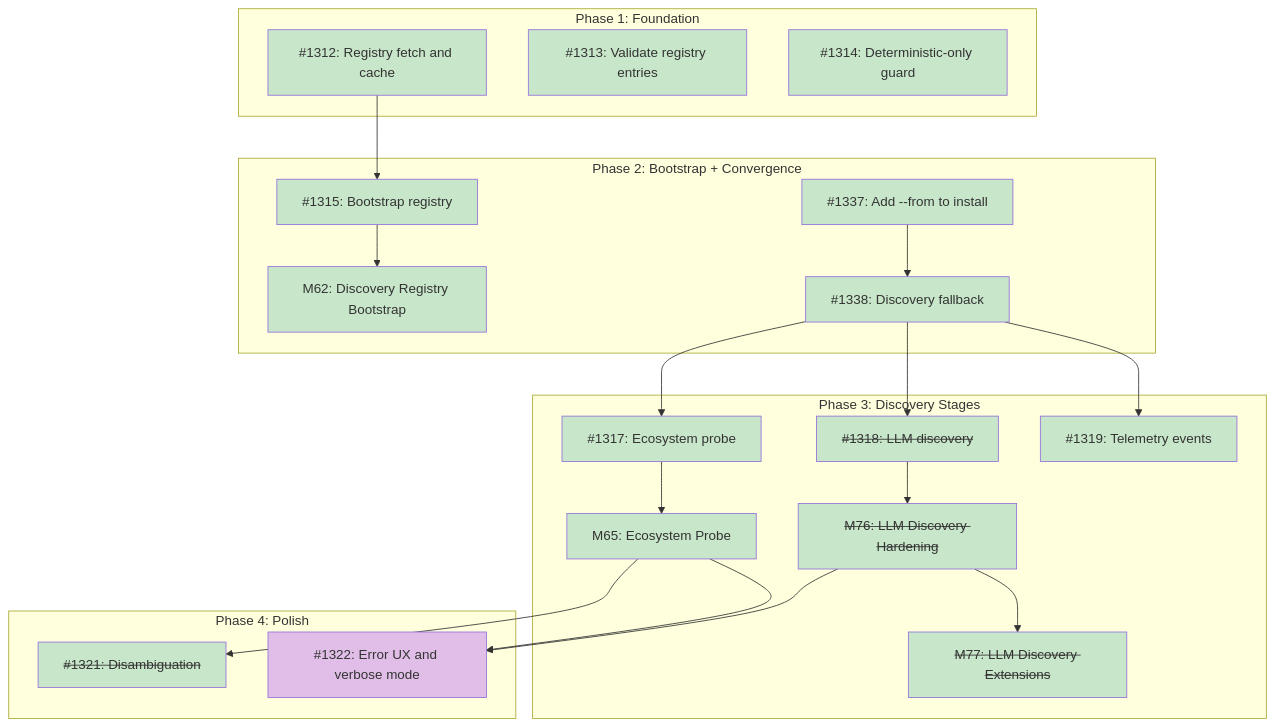
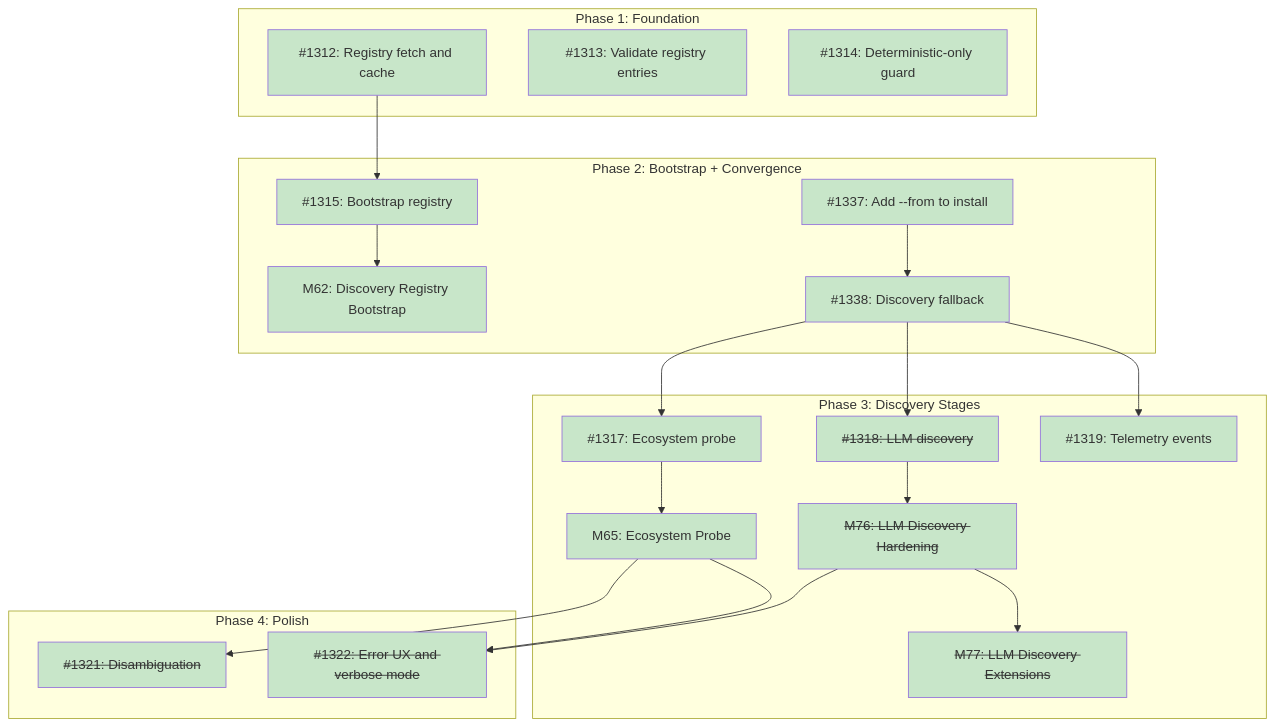
One commit to tsukumogami/tsuku changed the diagram in docs/designs/DESIGN-discovery-resolver.md. Above: the diagram before and after it, drawn with Mermaid. The commit also changed other lines of this file, not shown here.

Commit message:
docs: mark #1322 as done in discovery resolver design

````diff
--- a/docs/designs/DESIGN-discovery-resolver.md
+++ b/docs/designs/DESIGN-discovery-resolver.md
@@ -68,60 +68,60 @@
 ```mermaid
 graph TD
     subgraph Phase1["Phase 1: Foundation"]
         I1312["#1312: Registry fetch and cache"]
         I1313["#1313: Validate registry entries"]
         I1314["#1314: Deterministic-only guard"]
     end
 
     subgraph Phase2["Phase 2: Bootstrap + Convergence"]
         M62["M62: Discovery Registry Bootstrap"]
         I1315["#1315: Bootstrap registry"]
         I1337["#1337: Add --from to install"]
         I1338["#1338: Discovery fallback"]
     end
 
     subgraph Phase3["Phase 3: Discovery Stages"]
         I1317["#1317: Ecosystem probe"]
         M65["M65: Ecosystem Probe"]
         I1318["<s>#1318: LLM discovery</s>"]
         M76["<s>M76: LLM Discovery Hardening</s>"]
         M77["<s>M77: LLM Discovery Extensions</s>"]
         I1319["#1319: Telemetry events"]
     end
 
     subgraph Phase4["Phase 4: Polish"]
         I1321["<s>#1321: Disambiguation</s>"]
-        I1322["#1322: Error UX and verbose mode"]
+        I1322["<s>#1322: Error UX and verbose mode</s>"]
     end
 
     I1312 --> I1315
     I1315 --> M62
     I1337 --> I1338
     I1338 --> I1317
     I1317 --> M65
     I1338 --> I1318
     I1318 --> M76
     M76 --> M77
     I1338 --> I1319
     M65 --> I1321
     M65 --> I1322
     M76 --> I1322
 
     classDef done fill:#c8e6c9
     classDef ready fill:#bbdefb
     classDef blocked fill:#fff9c4
     classDef needsDesign fill:#e1bee7
 
     class I1312,I1313,I1314 done
     class I1337,I1338 done
     class I1319 done
     class I1317 done
     class I1318 done
     class M76 done
     class M77 done
     class M65 done
     class M62 done
     class I1315 done
     class I1321 done
-    class I1322 needsDesign
+    class I1322 done
 ```
````
